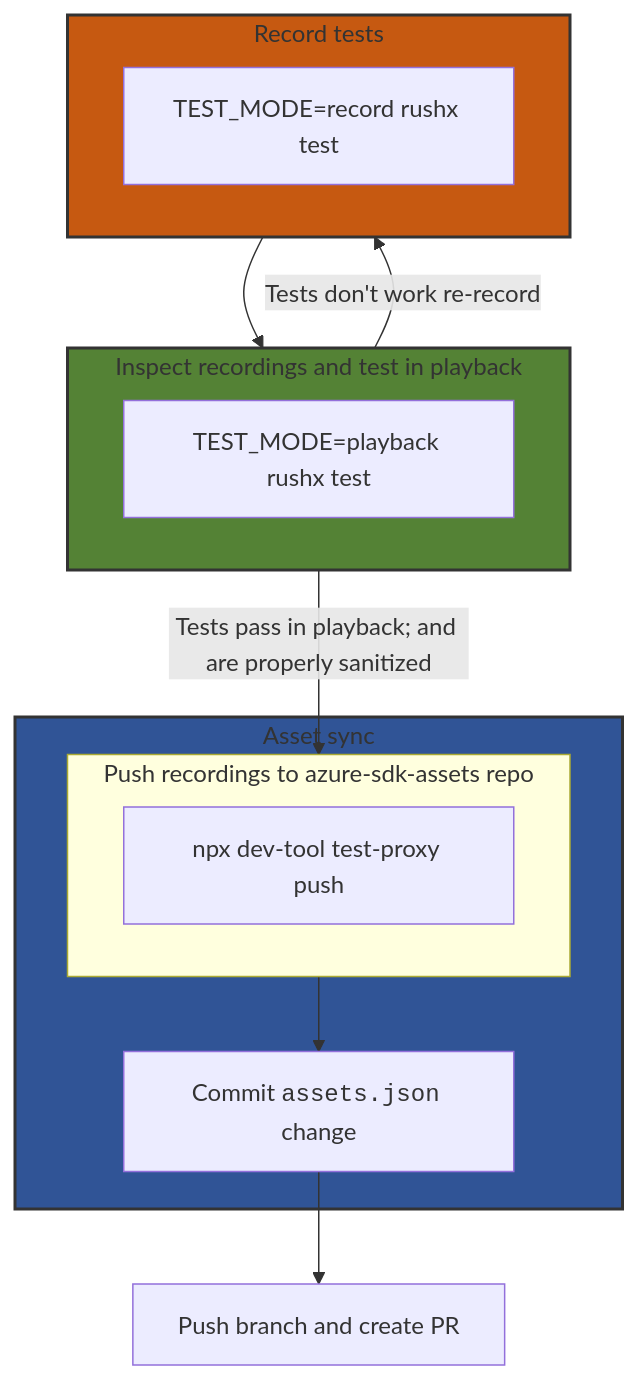
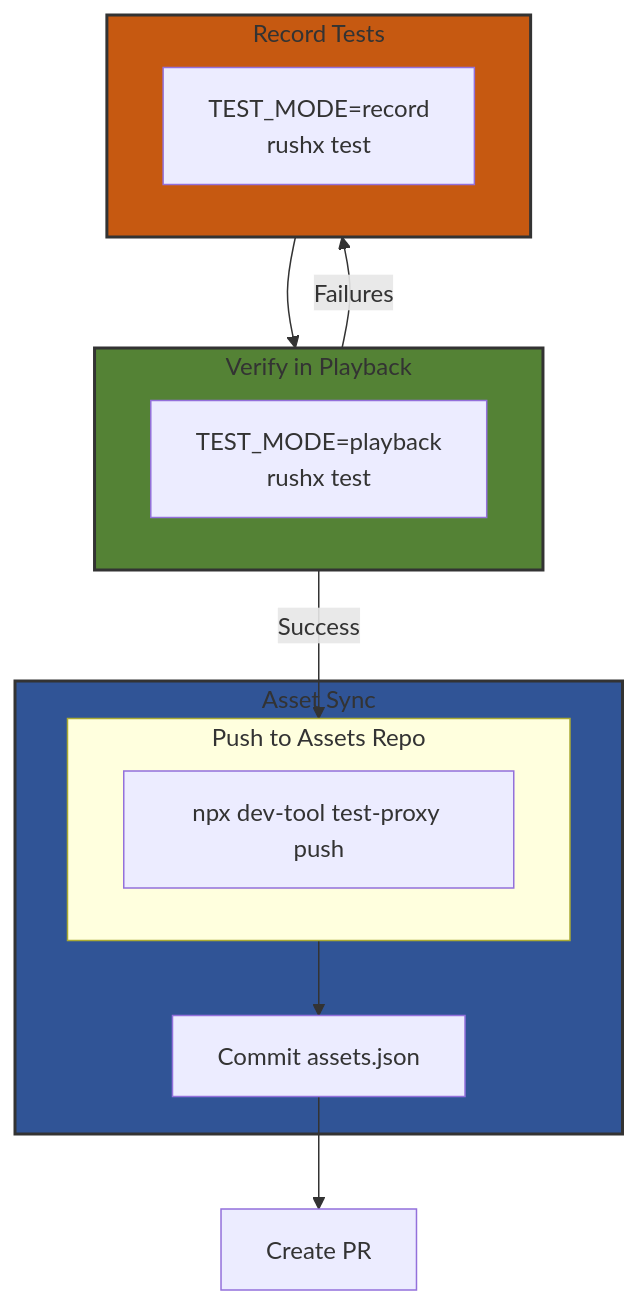
Before and after one commit to Azure/azure-sdk-for-js: the diagram in sdk/test-utils/recorder/ASSET_SYNC_WORKFLOW.md, drawn with Mermaid.

Commit message:
improve mermaid diagram

````diff
--- a/sdk/test-utils/recorder/ASSET_SYNC_WORKFLOW.md
+++ b/sdk/test-utils/recorder/ASSET_SYNC_WORKFLOW.md
@@ -89,31 +89,31 @@
 ```mermaid
 graph TD
-    subgraph p3 [Asset sync]
-        subgraph p4 [Push recordings to azure-sdk-assets repo]
+    subgraph p3 [Asset Sync]
+        subgraph p4 [Push to Assets Repo]
             push[npx dev-tool test-proxy push]
         end
-        p4-->assets[Commit <code>assets.json</code> change]
+        p4-->assets[Commit assets.json]
     end
 
-    assets --> pr[Push branch and create PR]
+    assets --> pr[Create PR]
 
-    subgraph p2 [Inspect recordings and test in playback]
-        playback[TEST_MODE=playback rushx test]
+    subgraph p2 [Verify in Playback]
+        playback[TEST_MODE=playback<br>rushx test]
     end
 
-    subgraph p1 [Record tests]
-        record[TEST_MODE=record rushx test]
+    subgraph p1 [Record Tests]
+        record[TEST_MODE=record<br>rushx test]
     end
 
     p1 --> p2
-    p2 -- Tests don't work re-record --> p1
-    p2 -- Tests pass in playback; and are properly sanitized --> p4
+    p2 -- Failures --> p1
+    p2 -- Success --> p4
 
 
     classDef green fill:#548235,stroke:#333,stroke-width:2px
     classDef orange fill:#C65911,stroke:#333,stroke-width:2px
     classDef blue fill:#305496,stroke:#333,stroke-width:2px
     class p1 orange
     class p2 green
     class p3 blue
 ```
````
